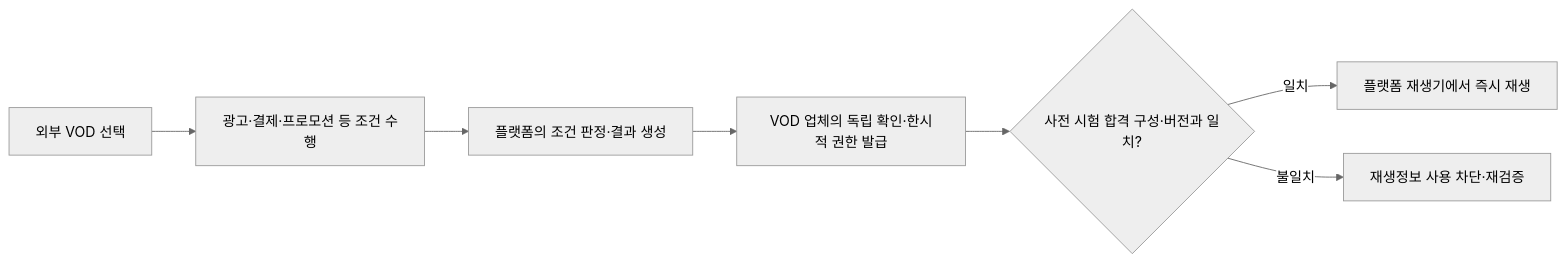
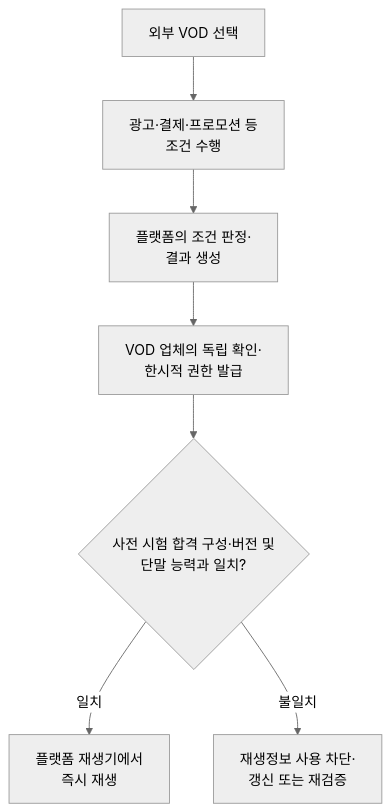
Before and after one commit to growdai1y/instant-play: the first of 11 diagrams in instant_play_직무발명서_가독성개선본.md, drawn with Mermaid (neutral theme). The commit also changed other lines of this file and 1 other file, not shown here.

````diff
--- a/instant_play_직무발명서_가독성개선본.md
+++ b/instant_play_직무발명서_가독성개선본.md
@@ -64,9 +64,17 @@
 ```mermaid
-flowchart LR
-    A["외부 VOD 선택"] --> B["광고·결제·프로모션 등 조건 수행"]
-    B --> C["플랫폼의 조건 판정·결과 생성"]
-    C --> D["VOD 업체의 독립 확인·한시적 권한 발급"]
-    D --> E{"사전 시험 합격 구성·버전과 일치?"}
-    E -->|일치| F["플랫폼 재생기에서 즉시 재생"]
-    E -->|불일치| G["재생정보 사용 차단·재검증"]
+flowchart TB
+    A["외부 VOD 선택"]
+    B["광고·결제·프로모션 등<br/>조건 수행"]
+    C["플랫폼의 조건 판정·<br/>결과 생성"]
+    D["VOD 업체의 독립 확인·<br/>한시적 권한 발급"]
+    E{"사전 시험 합격 구성·버전 및<br/>단말 능력과 일치?"}
+    F["플랫폼 재생기에서<br/>즉시 재생"]
+    G["재생정보 사용 차단·<br/>갱신 또는 재검증"]
+
+    A --> B
+    B --> C
+    C --> D
+    D --> E
+    E -->|일치| F
+    E -->|불일치| G
 ```
````
